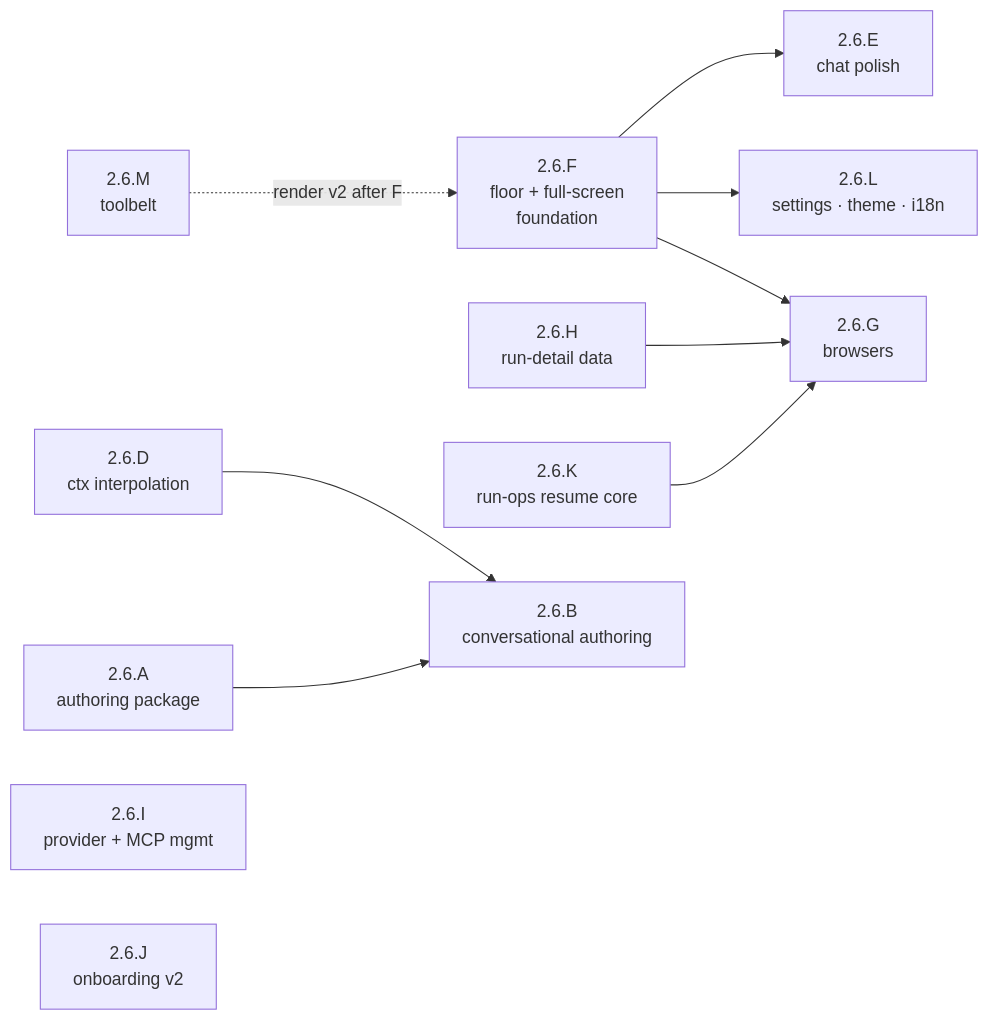
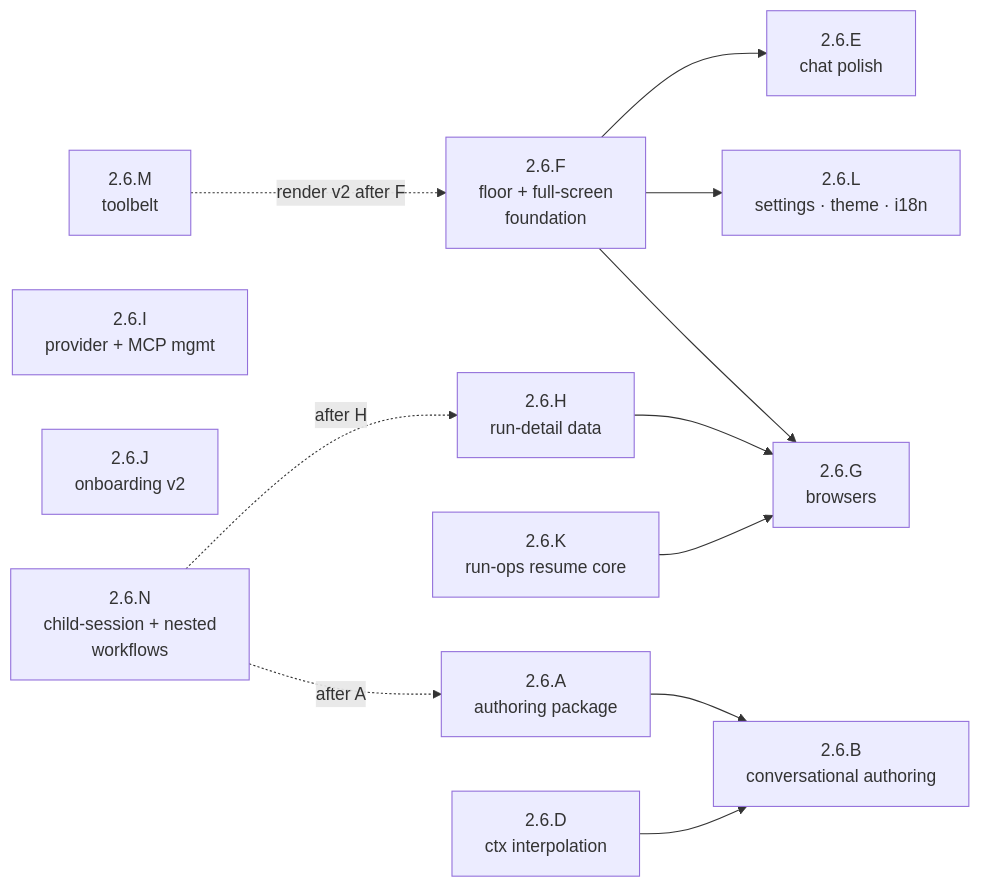
The diagram in docs/roadmap/phases/phase-2.6-conversational-authoring.md (HodeTech/Relavium), drawn with Mermaid before and after one commit. The commit also changed other lines of this file and 2 other files, not shown here.

First line of the commit message:
docs(roadmap): complete Phase 2.6 plan — 14 workstreams, first-class CLI, child-session orchestration

````diff
--- a/docs/roadmap/phases/phase-2.6-conversational-authoring.md
+++ b/docs/roadmap/phases/phase-2.6-conversational-authoring.md
@@ -591,13 +893,15 @@
 ```mermaid
 flowchart LR
     F["2.6.F<br/>floor + full-screen<br/>foundation"] --> G["2.6.G<br/>browsers"]
     F --> L["2.6.L<br/>settings · theme · i18n"]
     F --> E["2.6.E<br/>chat polish"]
     H["2.6.H<br/>run-detail data"] --> G
     K["2.6.K<br/>run-ops resume core"] --> G
     A["2.6.A<br/>authoring package"] --> B["2.6.B<br/>conversational authoring"]
     D["2.6.D<br/>ctx interpolation"] --> B
     M["2.6.M<br/>toolbelt"] -. render v2 after F .-> F
     I["2.6.I<br/>provider + MCP mgmt"]
     J["2.6.J<br/>onboarding v2"]
+    N["2.6.N<br/>child-session + nested<br/>workflows"] -. after A .-> A
+    N -. after H .-> H
 ```
````
